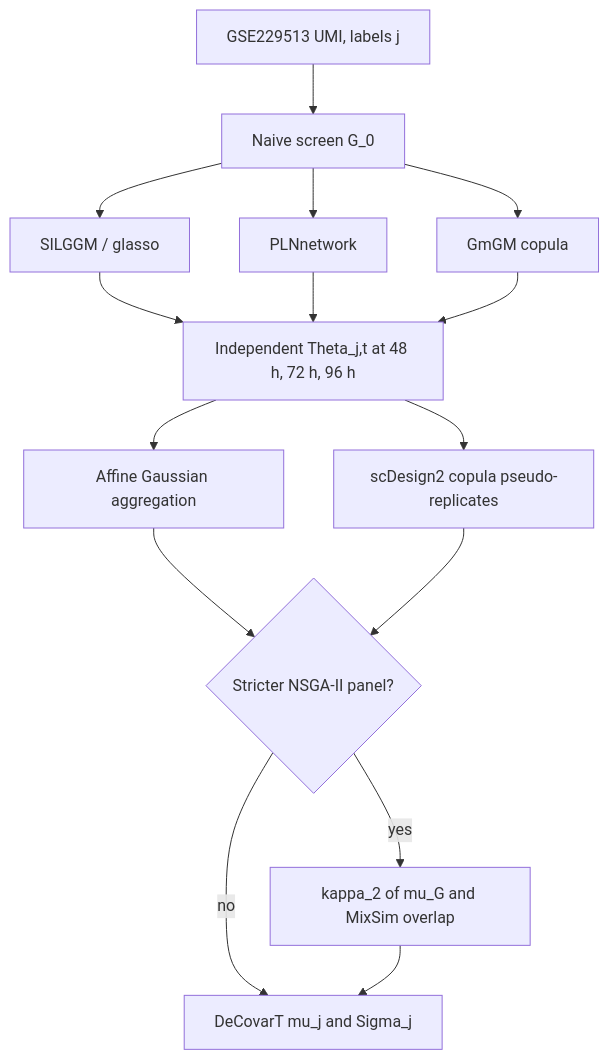
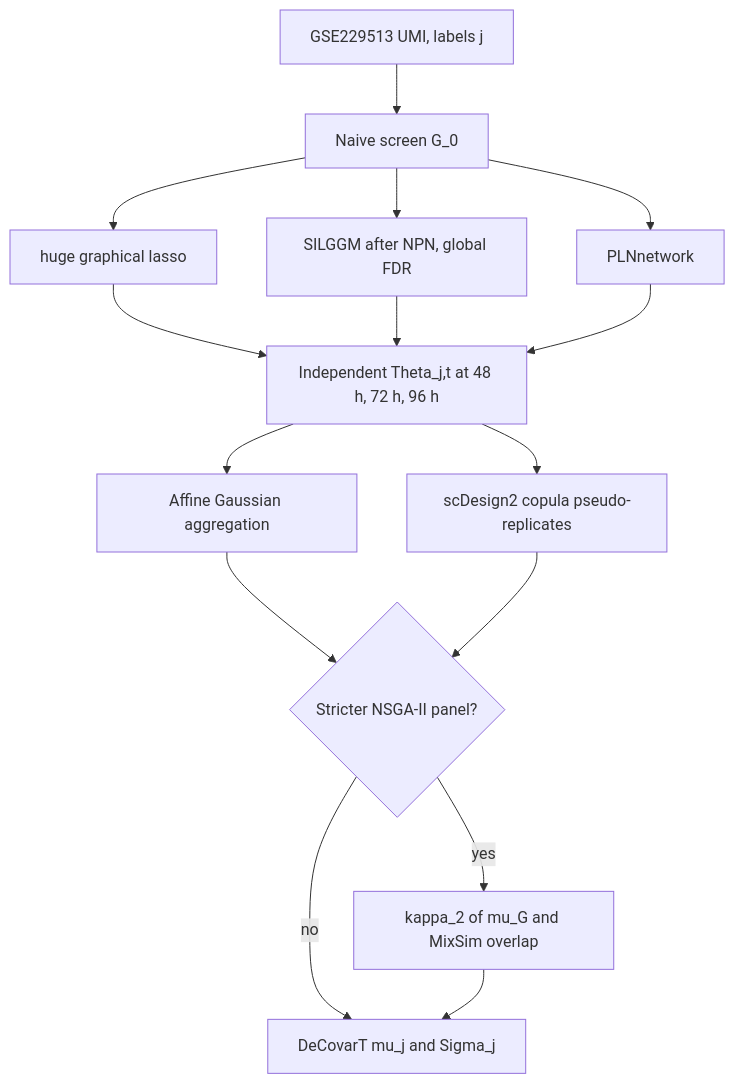
Before and after one commit to bastienchassagnol/DeCovarT_reproducibility: the diagram in docs/index.qmd, drawn with Mermaid. The commit also changed other lines of this file and 11 other files, not shown here.

````diff
--- a/docs/index.qmd
+++ b/docs/index.qmd
@@ -25,21 +27,21 @@
 ```{mermaid}
 %%| echo: false
 %%| label: fig-pipeline
-%%| fig-cap: "Design product: a naive gene screen, three GGM families, two population lifts, then a yes/no choice of a stricter NSGA-II panel. Twelve routes. Bures–Wasserstein and sparse-plus-low-rank GGMs are not in the product."
+%%| fig-cap: "Design product: a naive gene screen, three precision estimators (huge, SILGGM with a nonparanormal map, PLNnetwork), two population lifts, then a yes/no choice of a stricter NSGA-II panel."
 %%{init: {"theme": "sandstone", "flowchart": {"htmlLabels": true}}}%%
 flowchart TD
   A["GSE229513 UMI, labels j"] --> B["Naive screen G_0"]
-  B --> C1["SILGGM / glasso"]
-  B --> C2["PLNnetwork"]
-  B --> C3["GmGM copula"]
+  B --> C1["huge graphical lasso"]
+  B --> C2["SILGGM after NPN, global FDR"]
+  B --> C3["PLNnetwork"]
   C1 --> T["Independent Theta_j,t at 48 h, 72 h, 96 h"]
   C2 --> T
   C3 --> T
   T --> L1["Affine Gaussian aggregation"]
   T --> L3["scDesign2 copula pseudo-replicates"]
   L1 --> Q{"Stricter NSGA-II panel?"}
   L3 --> Q
   Q -->|yes| P["kappa_2 of mu_G and MixSim overlap"]
   Q -->|no| D["DeCovarT mu_j and Sigma_j"]
   P --> D
 ```
````
